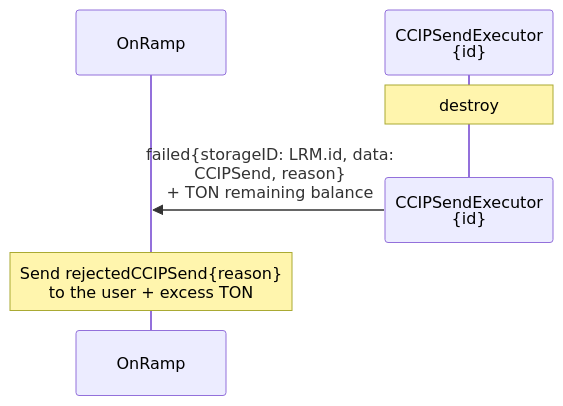
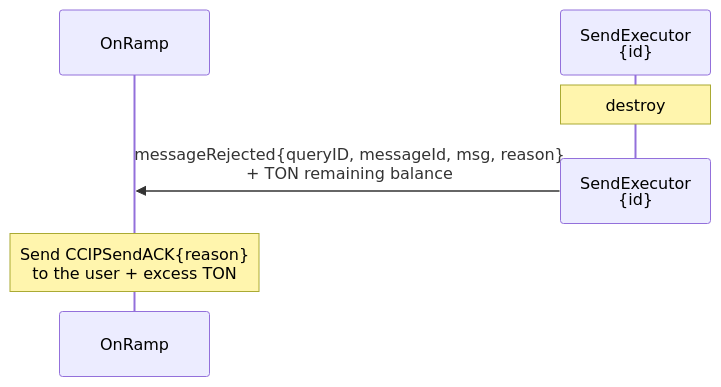
One commit to smartcontractkit/chainlink-ton changed the second of 2 diagrams in docs/contracts/ccip/flow/onramp/arbitrary-msg.md. Above: the diagram before and after it, drawn with Mermaid. The commit also changed other lines of this file and 2 other files, not shown here.

````diff
--- a/docs/contracts/ccip/flow/onramp/arbitrary-msg.md
+++ b/docs/contracts/ccip/flow/onramp/arbitrary-msg.md
@@ -49,9 +49,9 @@
 ```mermaid
 sequenceDiagram
     participant OR as OnRamp
-    participant LRM as CCIPSendExecutor<br>{id}
+    participant LRM as SendExecutor<br>{id}
     Note over LRM: destroy
     destroy LRM
-    LRM ->> OR: failed{storageID: LRM.id, data:<br>CCIPSend, reason}<br>+ TON remaining balance
-    Note over OR: Send rejectedCCIPSend{reason}<br>to the user + excess TON
+    LRM ->> OR: messageRejected{queryID, messageId, msg, reason}<br>+ TON remaining balance
+    Note over OR: Send CCIPSendACK{reason}<br>to the user + excess TON
 ```
````
